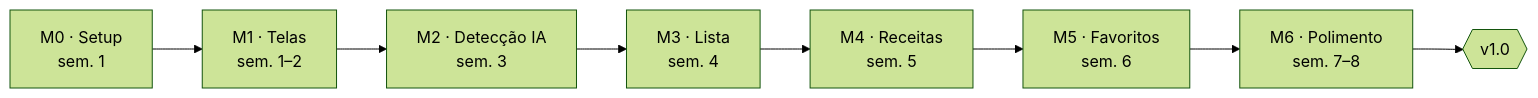
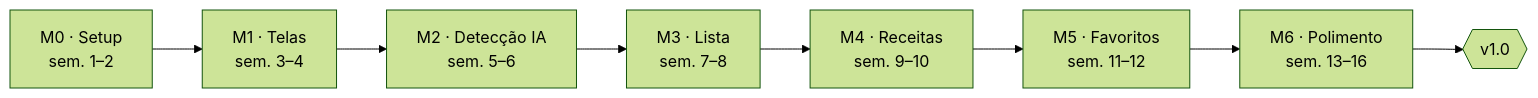
Before and after one commit to Miguel1138/visao_computacional_comida: the second of 2 diagrams in docs/TAP.md, drawn with Mermaid (forest theme). The commit also changed other lines of this file and 4 other files, not shown here.

````diff
--- a/docs/TAP.md
+++ b/docs/TAP.md
@@ -115,4 +115,4 @@
 ```mermaid
 flowchart LR
-  M0[M0 · Setup<br/>sem. 1] --> M1[M1 · Telas<br/>sem. 1–2] --> M2[M2 · Detecção IA<br/>sem. 3] --> M3[M3 · Lista<br/>sem. 4] --> M4[M4 · Receitas<br/>sem. 5] --> M5[M5 · Favoritos<br/>sem. 6] --> M6[M6 · Polimento<br/>sem. 7–8] --> V{{v1.0}}
+  M0[M0 · Setup<br/>sem. 1–2] --> M1[M1 · Telas<br/>sem. 3–4] --> M2[M2 · Detecção IA<br/>sem. 5–6] --> M3[M3 · Lista<br/>sem. 7–8] --> M4[M4 · Receitas<br/>sem. 9–10] --> M5[M5 · Favoritos<br/>sem. 11–12] --> M6[M6 · Polimento<br/>sem. 13–16] --> V{{v1.0}}
 ```
````
